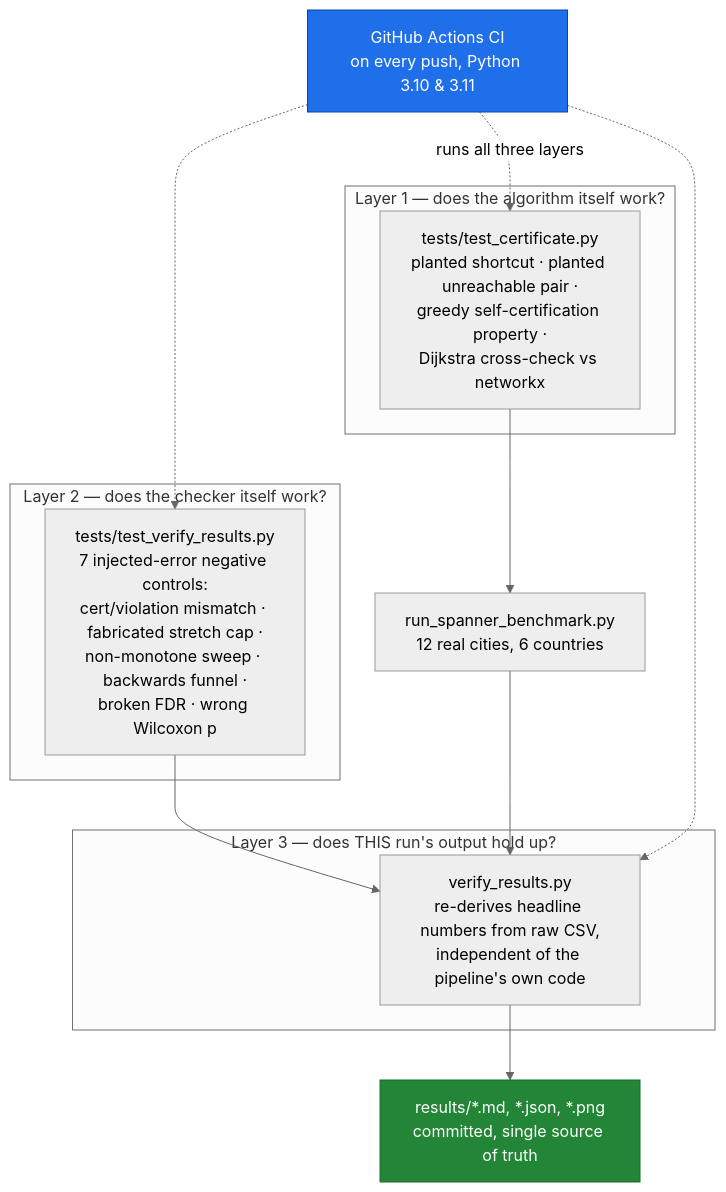
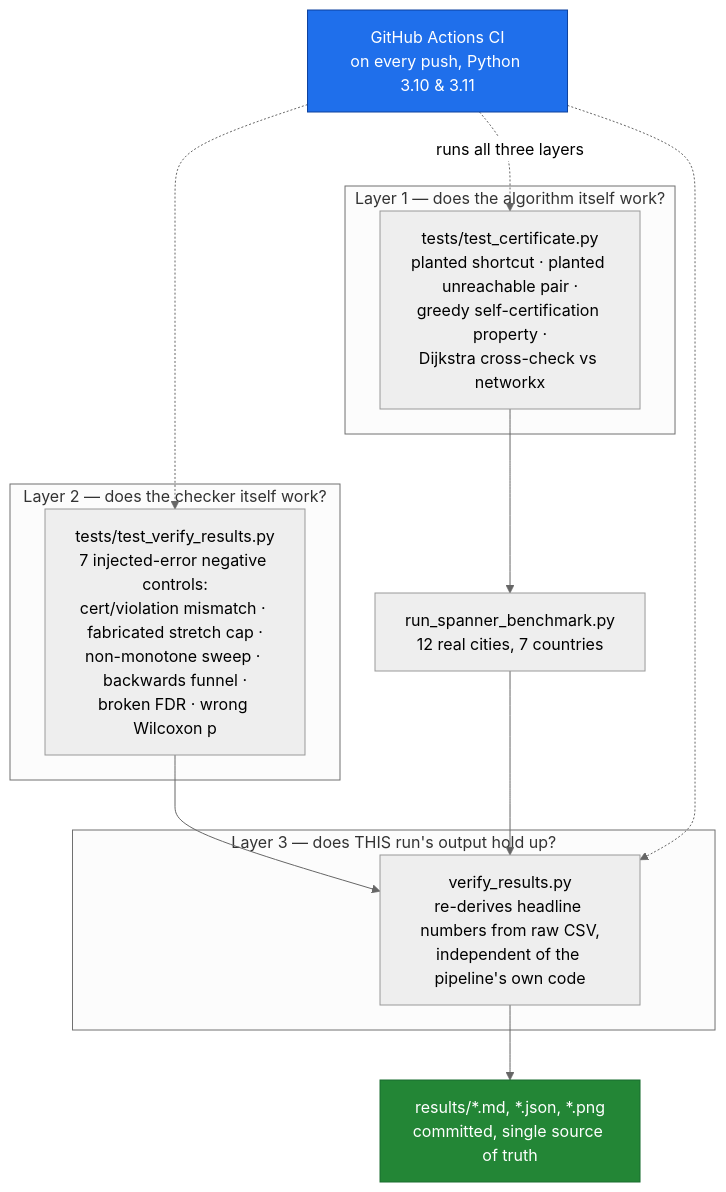
One commit to soheylfalahzade/delay-bounded-spanner-networks changed the second of 2 diagrams in README.md. Above: the diagram before and after it, drawn with Mermaid (neutral theme). The commit also changed other lines of this file, not shown here.

Commit message:
README: correct country count (12 cities, 7 countries)

````diff
--- a/README.md
+++ b/README.md
@@ -149,22 +149,22 @@
 ```mermaid
 flowchart TD
     subgraph L1["Layer 1 — does the algorithm itself work?"]
         T1["tests/test_certificate.py<br/>planted shortcut · planted unreachable pair ·<br/>greedy self-certification property ·<br/>Dijkstra cross-check vs networkx"]
     end
     subgraph L2["Layer 2 — does the checker itself work?"]
         T2["tests/test_verify_results.py<br/>7 injected-error negative controls:<br/>cert/violation mismatch · fabricated stretch cap ·<br/>non-monotone sweep · backwards funnel ·<br/>broken FDR · wrong Wilcoxon p"]
     end
     subgraph L3["Layer 3 — does THIS run's output hold up?"]
         T3["verify_results.py<br/>re-derives headline numbers from raw CSV,<br/>independent of the pipeline's own code"]
     end
-    T1 --> RUN["run_spanner_benchmark.py<br/>12 real cities, 6 countries"]
+    T1 --> RUN["run_spanner_benchmark.py<br/>12 real cities, 7 countries"]
     T2 --> T3
     RUN --> T3
     T3 --> OUT["results/*.md, *.json, *.png<br/>committed, single source of truth"]
     CI["GitHub Actions CI<br/>on every push, Python 3.10 &amp; 3.11"] -. runs all three layers .-> T1
     CI -.-> T2
     CI -.-> T3
 
     style OUT fill:#238636,stroke:#196c2e,color:#fff
     style CI fill:#1f6feb,stroke:#0d419d,color:#fff
 ```
````
